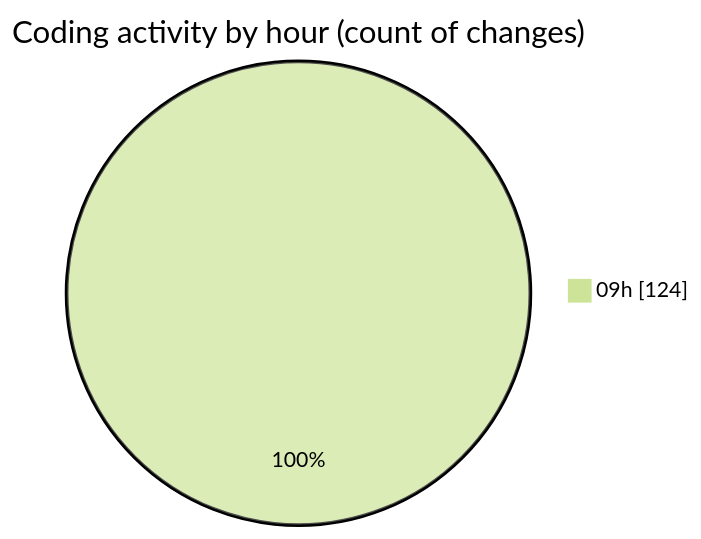
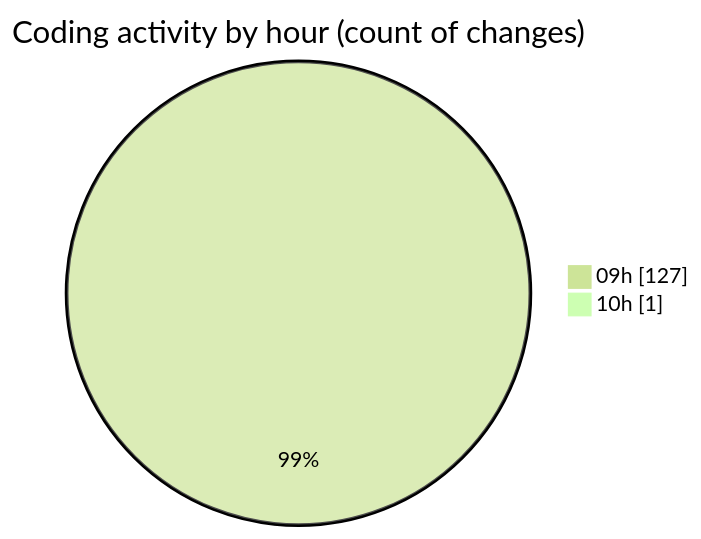
One commit to momahboobian/code-tracking changed the second of 2 diagrams in 2026-09-16/cda/README.md. Above: the diagram before and after it, drawn with Mermaid (forest theme). The commit also changed other lines of this file and 1 other file, not shown here.

````diff
--- a/2026-09-16/cda/README.md
+++ b/2026-09-16/cda/README.md
@@ -62,5 +64,6 @@
 ```mermaid
 pie showData
 title Coding activity by hour (count of changes)
-"09h" : 124
+"09h" : 127
+"10h" : 1
 ```
````
